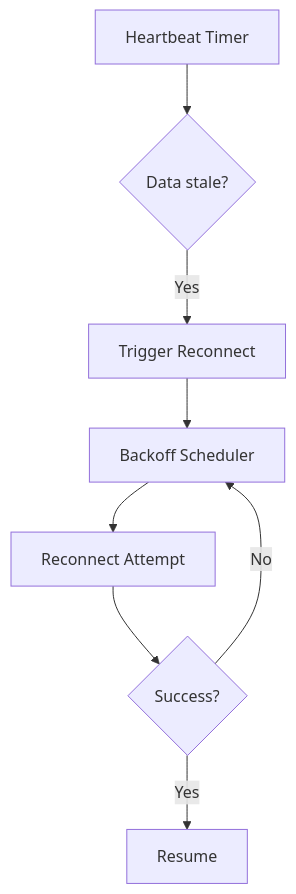
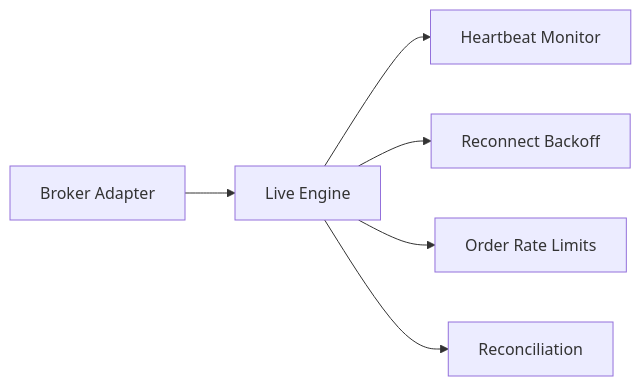
Before and after one commit to gregorian-09/regime-flow: the diagram in docs/explanation/live-resiliency.md, drawn with Mermaid. The commit also changed other lines of this file and 58 other files, not shown here.

````diff
--- a/docs/explanation/live-resiliency.md
+++ b/docs/explanation/live-resiliency.md
@@ -5,10 +7,8 @@
 ```mermaid
-flowchart TB
-  A[Heartbeat Timer] --> B{Data stale?}
-  B -- Yes --> C[Trigger Reconnect]
-  C --> D[Backoff Scheduler]
-  D --> E[Reconnect Attempt]
-  E --> F{Success?}
-  F -- Yes --> G[Resume]
-  F -- No --> D
+flowchart LR
+  A[Broker Adapter] --> B[Live Engine]
+  B --> C[Heartbeat Monitor]
+  B --> D[Reconnect Backoff]
+  B --> E[Order Rate Limits]
+  B --> F[Reconciliation]
 ```
````
